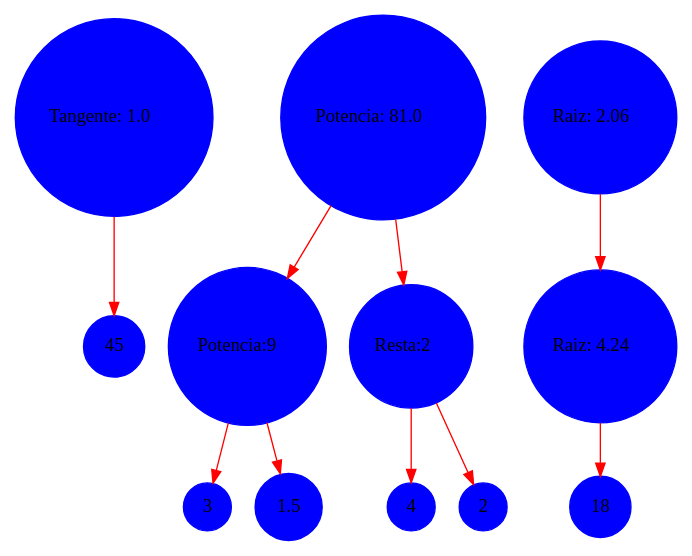
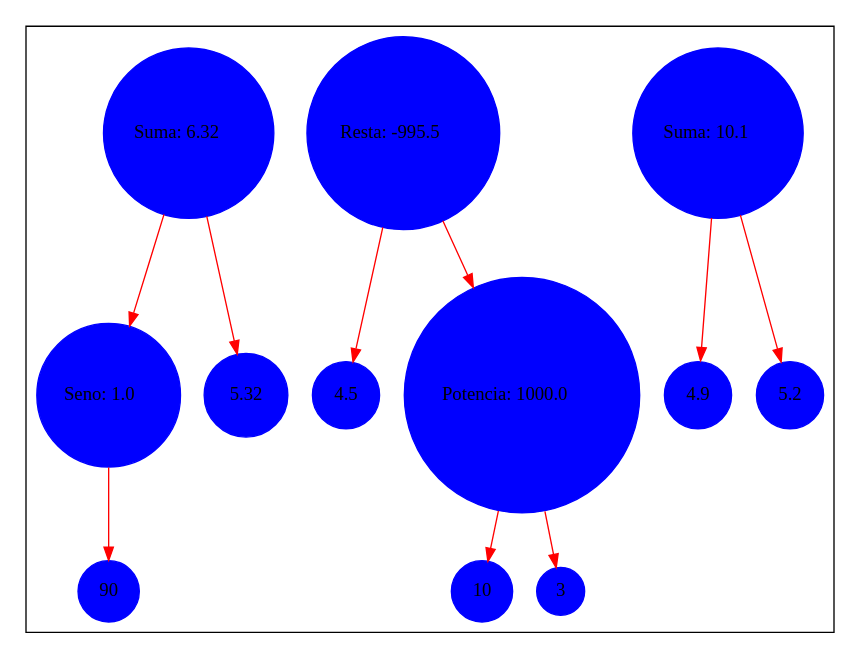
The diagram in Documentacion/grafo.dot (Jhonsagui81/-LFP-royecto1_202106003), drawn with Graphviz before and after one commit. The commit also changed 6 other files, not shown here.

```diff
--- a/Documentacion/grafo.dot
+++ b/Documentacion/grafo.dot
@@ -1,24 +1,27 @@
 digraph {
 	rankdir=TB
-	45 [shape=circle style=filled color = blue]
- 	tangente1 -> 45 [shape=record color=red]
-	tangente1 [shape=circle style=filled color = blue, label=<Tangente: 1.0>]
- 	3 [shape=circle style=filled color = blue]
- 	Potencia102 -> 3 [shape=record color=red]
-	1.5 [shape=circle style=filled color = blue]
- 	Potencia102 -> 1.5 [shape=record color=red]
-	Potencia102 [shape=circle style=filled color = blue, label=<Potencia:9>]
- 	potencia2 -> Potencia102 [shape=record color=red]
-	4 [shape=circle style=filled color = blue]
- 	Resta102 -> 4 [shape=record color=red]
-	2 [shape=circle style=filled color = blue]
- 	Resta102 -> 2 [shape=record color=red]
-	Resta102 [shape=circle style=filled color = blue, label=<Resta:2>]
- 	potencia2 -> Resta102 [shape=record color=red]
-	potencia2 [shape=circle style=filled color = blue, label=<Potencia: 81.0>]
- 	18 [shape=circle style=filled color = blue]
- 	Raiz103 -> 18 [shape=record color=red]
-	Raiz103 [shape=circle style=filled color = blue, label=<Raiz: 4.24>]
- 	raiz3 -> Raiz103 [shape=record color=red]
-	raiz3 [shape=circle style=filled color = blue, label=<Raiz: 2.06>]
- }
+	subgraph cluster1 {
+		rank=same
+		4.9 [shape=circle style=filled color = blue]
+ 		suma1 -> 4.9 [shape=record color=red]
+		5.2 [shape=circle style=filled color = blue]
+ 		suma1 -> 5.2 [shape=record color=red]
+		suma1 [shape=circle style=filled color = blue, label=<Suma: 10.1>]
+ 		4.5 [shape=circle style=filled color = blue]
+ 		resta2 -> 4.5 [shape=record color=red]
+		10 [shape=circle style=filled color = blue]
+ 		Potencia102 -> 10 [shape=record color=red]
+		3 [shape=circle style=filled color = blue]
+ 		Potencia102 -> 3 [shape=record color=red]
+		Potencia102 [shape=circle style=filled color = blue, label=<Potencia: 1000.0>]
+ 		resta2 -> Potencia102 [shape=record color=red]
+		resta2 [shape=circle style=filled color = blue, label=<Resta: -995.5>]
+ 		90 [shape=circle style=filled color = blue]
+ 		Seno103 -> 90 [shape=record color=red]
+		Seno103 [shape=circle style=filled color = blue, label=<Seno: 1.0>]
+ 		suma3 -> Seno103 [shape=record color=red]
+		5.32 [shape=circle style=filled color = blue]
+ 		suma3 -> 5.32 [shape=record color=red]
+		suma3 [shape=circle style=filled color = blue, label=<Suma: 6.32>]
+ 	}
+}
```
